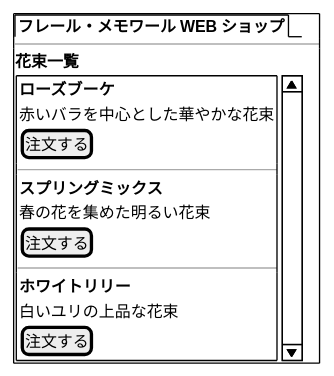
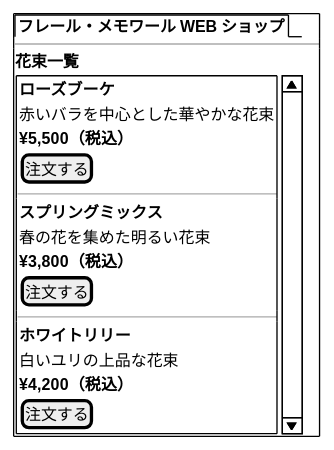
The third of 14 diagrams in docs/design/ui-design.md (k2works/case-study-sdd-development), drawn with PlantUML before and after one commit. The commit also changed other lines of this file and 2 other files, not shown here.

````diff
--- a/docs/design/ui-design.md
+++ b/docs/design/ui-design.md
@@ -84,30 +84,33 @@
 ```plantuml
 @startsalt
 {+
   {/ <b>フレール・メモワール WEB ショップ }
   ---
   <b>花束一覧
   {
     {SI
       {
         <b>ローズブーケ
         赤いバラを中心とした華やかな花束
+        <b>¥5,500（税込）
         [ 注文する ]
       }
       ---
       {
         <b>スプリングミックス
         春の花を集めた明るい花束
+        <b>¥3,800（税込）
         [ 注文する ]
       }
       ---
       {
         <b>ホワイトリリー
         白いユリの上品な花束
+        <b>¥4,200（税込）
         [ 注文する ]
       }
     }
   }
 }
 @endsalt
 ```
````
